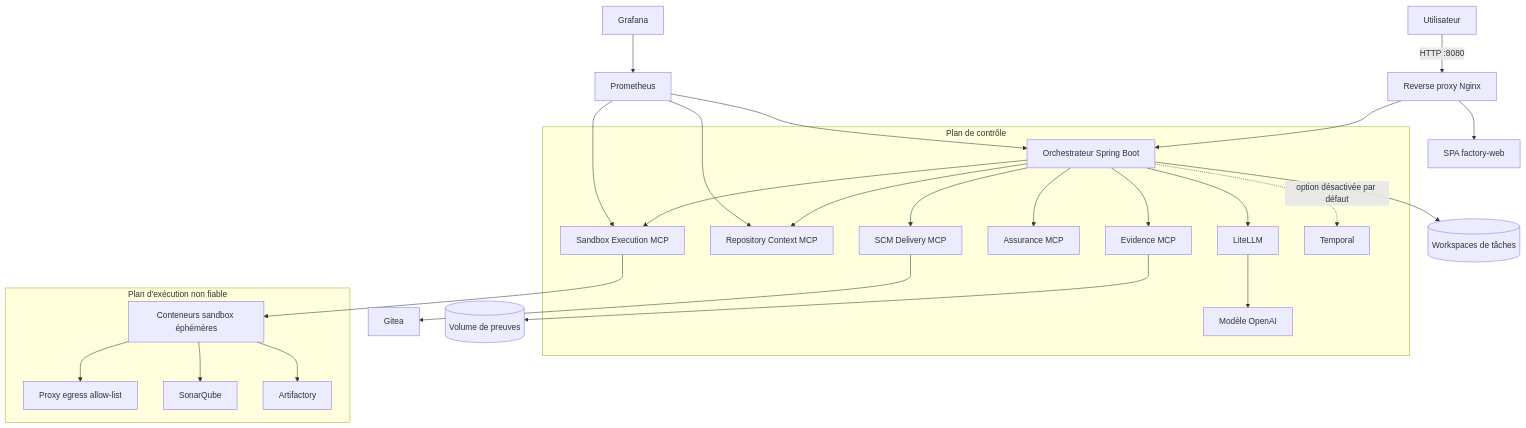
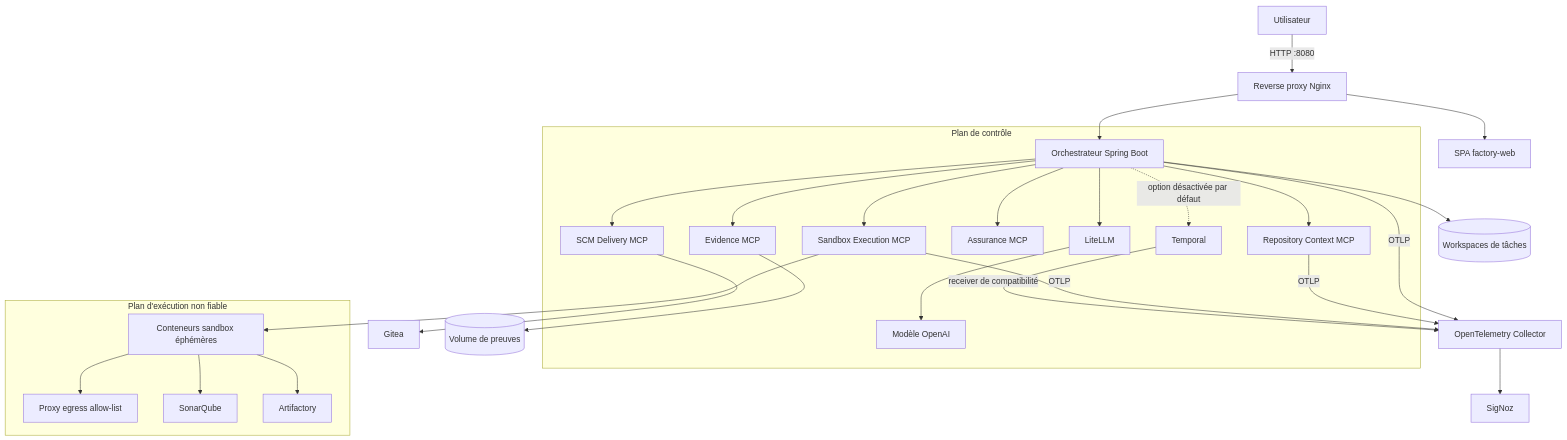
The second of 4 diagrams in README.md (dbeaumont/ai-software-factory-local), drawn with Mermaid before and after one commit. The commit also changed other lines of this file and 88 other files, not shown here.

Commit message:
feat(observability): replace Prometheus and Grafana with OpenTelemetry

````diff
--- a/README.md
+++ b/README.md
@@ -102,32 +102,33 @@
 ```mermaid
 flowchart TB
   User[Utilisateur] -->|HTTP :8080| Proxy[Reverse proxy Nginx]
   Proxy --> Web[SPA factory-web]
   Proxy --> API[Orchestrateur Spring Boot]
 
   subgraph Control[Plan de contrôle]
     API --> LLM[LiteLLM]
     LLM --> Cloud[Modèle OpenAI]
     API --> Context[Repository Context MCP]
     API --> Sandbox[Sandbox Execution MCP]
     API --> Assurance[Assurance MCP]
     API --> Evidence[Evidence MCP]
     API --> SCM[SCM Delivery MCP]
     API -. option désactivée par défaut .-> Temporal[Temporal]
   end
 
   subgraph Execution[Plan d'exécution non fiable]
     Sandbox --> Jobs[Conteneurs sandbox éphémères]
     Jobs --> ProxyEgress[Proxy egress allow-list]
     Jobs --> Sonar[SonarQube]
     Jobs --> Artifactory[Artifactory]
   end
 
   SCM --> Gitea[Gitea]
   Evidence --> EvidenceVolume[(Volume de preuves)]
   API --> Workspace[(Workspaces de tâches)]
-  Prometheus[Prometheus] --> API
-  Prometheus --> Context
-  Prometheus --> Sandbox
-  Grafana[Grafana] --> Prometheus
+  API -->|OTLP| Collector[OpenTelemetry Collector]
+  Context -->|OTLP| Collector
+  Sandbox -->|OTLP| Collector
+  Temporal -->|receiver de compatibilité| Collector
+  Collector --> SigNoz[SigNoz]
 ```
````
